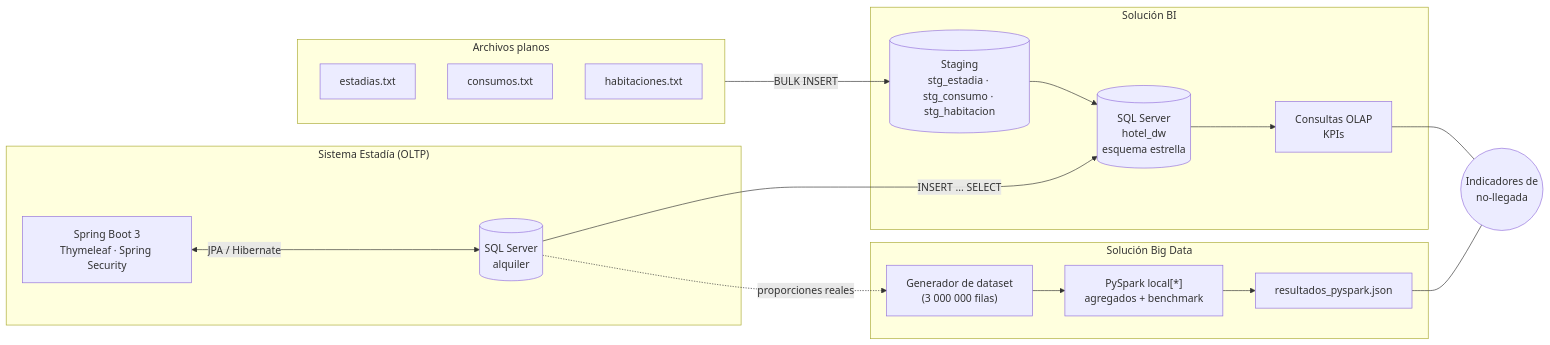
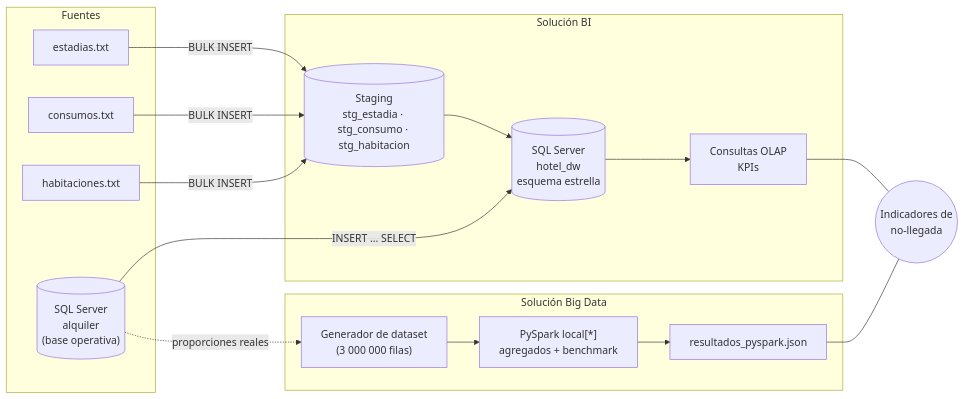
Before and after one commit to AlexAmancio/proyecto-bi-bigdata: the first of 3 diagrams in README.md, drawn with Mermaid. The commit also changed other lines of this file, not shown here.

````diff
--- a/README.md
+++ b/README.md
@@ -61,34 +58,29 @@
 ```mermaid
 flowchart LR
-    subgraph OLTP["Sistema Estadía (OLTP)"]
-        APP["Spring Boot 3<br/>Thymeleaf · Spring Security"]
-        DB1[("SQL Server<br/>alquiler")]
-        APP <-->|JPA / Hibernate| DB1
-    end
-
-    subgraph FUENTES["Archivos planos"]
+    subgraph FUENTES["Fuentes"]
+        DB1[("SQL Server<br/>alquiler<br/>(base operativa)")]
         T1["estadias.txt"]
         T2["consumos.txt"]
         T3["habitaciones.txt"]
     end
 
     subgraph BI["Solución BI"]
         STG[("Staging<br/>stg_estadia · stg_consumo · stg_habitacion")]
         DW[("SQL Server<br/>hotel_dw<br/>esquema estrella")]
         OLAP["Consultas OLAP<br/>KPIs"]
         STG --> DW --> OLAP
     end
 
     subgraph BD["Solución Big Data"]
         GEN["Generador de dataset<br/>(3 000 000 filas)"]
         SPARK["PySpark local[*]<br/>agregados + benchmark"]
         JSON["resultados_pyspark.json"]
         GEN --> SPARK --> JSON
     end
 
     DB1 -->|INSERT ... SELECT| DW
-    FUENTES -->|BULK INSERT| STG
+    T1 & T2 & T3 -->|BULK INSERT| STG
     DB1 -.->|proporciones reales| GEN
     OLAP --- KPI(("Indicadores de<br/>no-llegada"))
     JSON --- KPI
 ```
````
